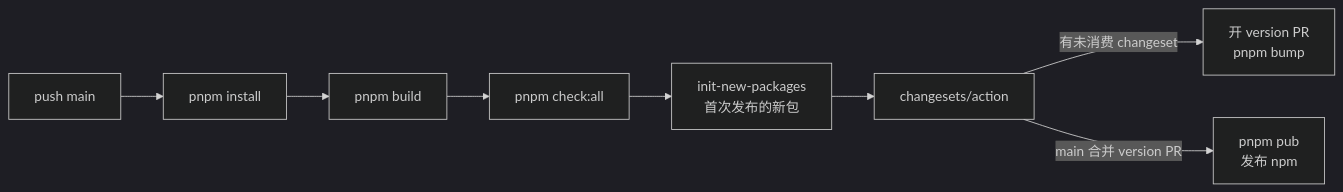
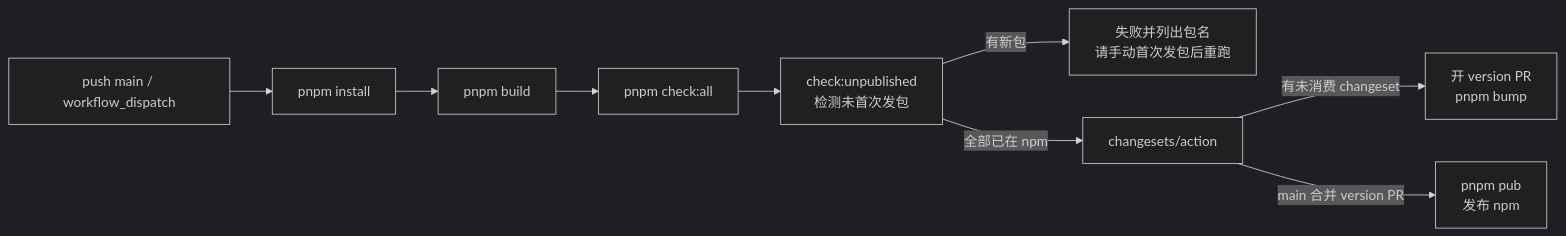
Before and after one commit to zhinjs/zhin: the diagram in docs/contributing/development.md, drawn with Mermaid (dark theme). The commit also changed other lines of this file and 16 other files, not shown here.

Commit message:
chore: update CI workflows to use NPM_TOKEN from secrets, remove init-new-packages script, and enhance documentation for ICQQ adapter installation

````diff
--- a/docs/contributing/development.md
+++ b/docs/contributing/development.md
@@ -138,9 +138,10 @@
 ```mermaid
 flowchart LR
-  push["push main"] --> install["pnpm install"] --> build["pnpm build"]
+  trigger["push main / workflow_dispatch"] --> install["pnpm install"] --> build["pnpm build"]
   build --> harness["pnpm check:all"]
-  harness --> init["init-new-packages<br/>首次发布的新包"]
-  init --> action["changesets/action"]
+  harness --> gate["check:unpublished<br/>检测未首次发包"]
+  gate -->|"有新包"| stop["失败并列出包名<br/>请手动首次发包后重跑"]
+  gate -->|"全部已在 npm"| action["changesets/action"]
   action -->|"有未消费 changeset"| pr["开 version PR<br/>pnpm bump"]
   action -->|"main 合并 version PR"| pub["pnpm pub<br/>发布 npm"]
 ```
````
